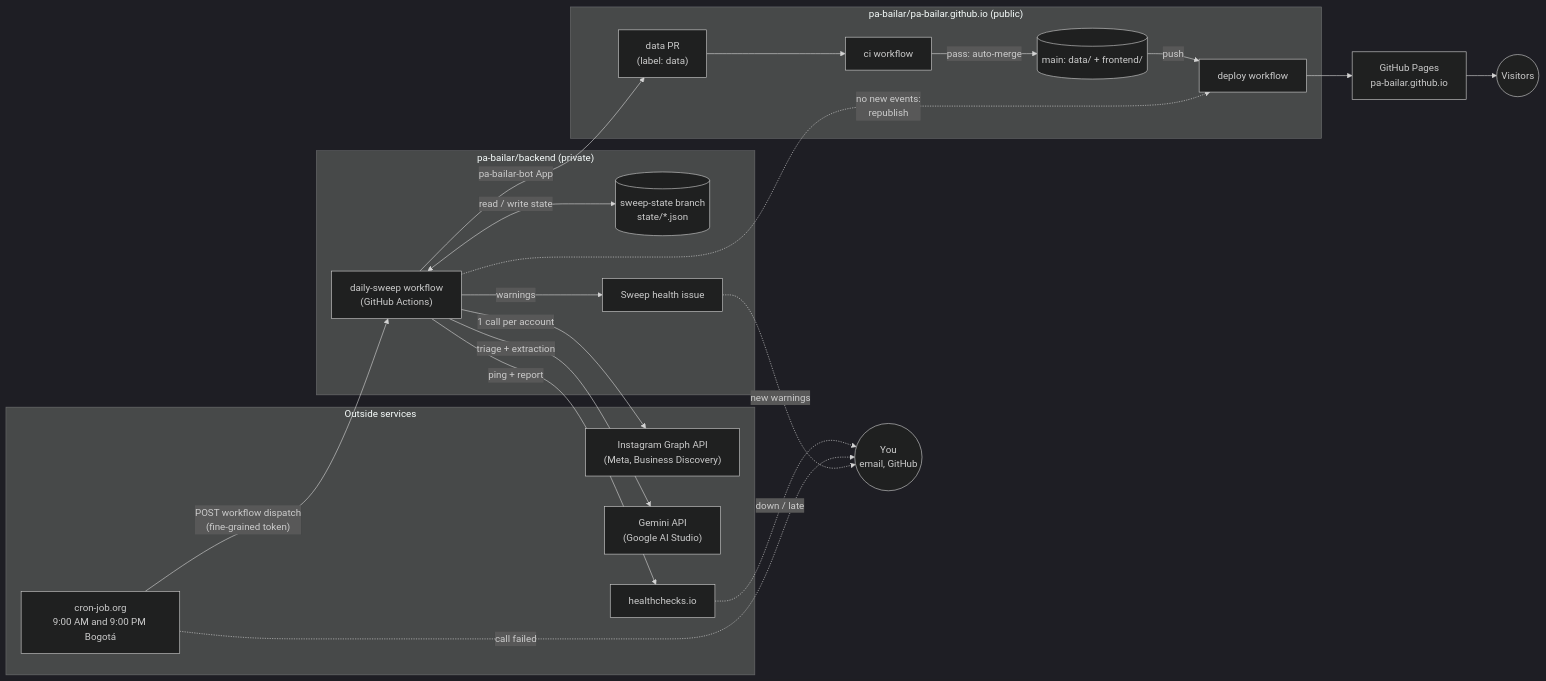
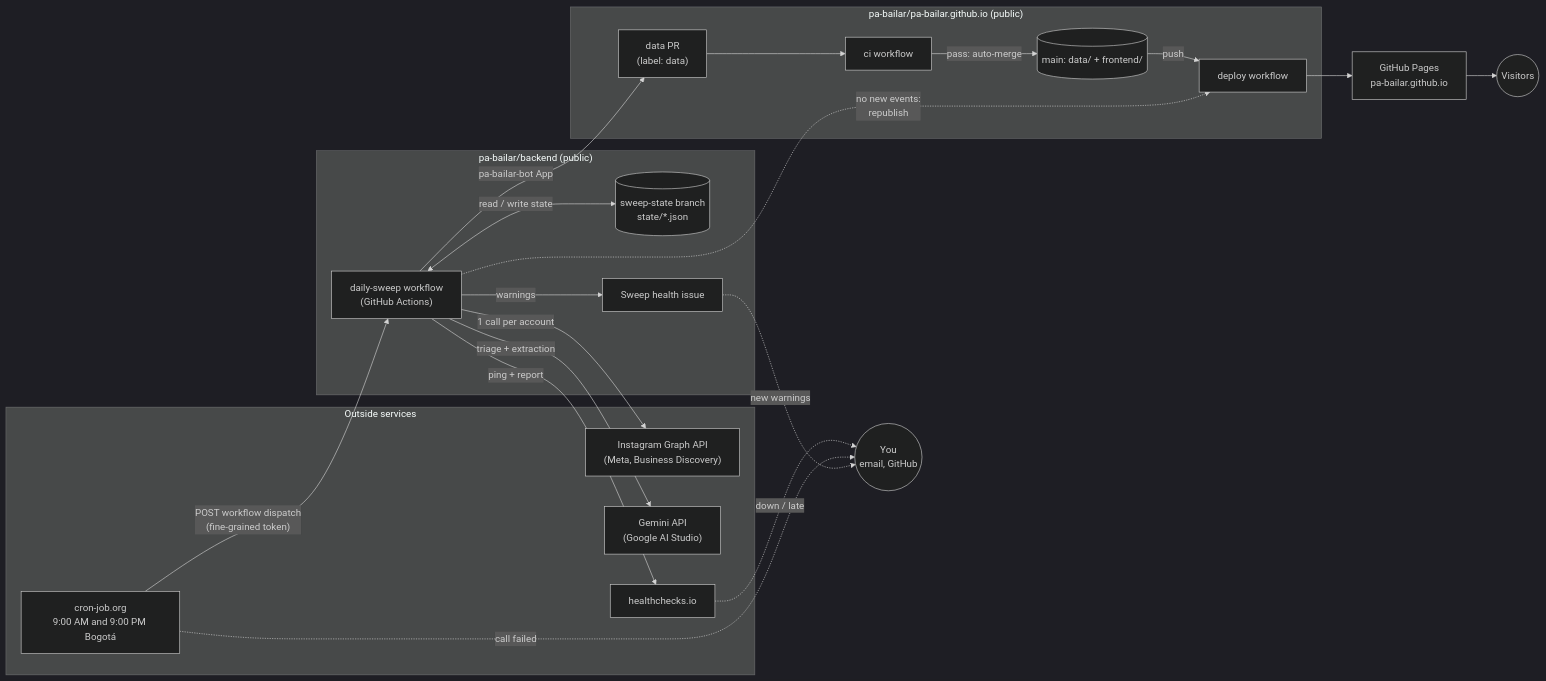
One commit to pa-bailar/backend changed the first of 12 diagrams in docs/ARCHITECTURE.md. Above: the diagram before and after it, drawn with Mermaid (dark theme). The commit also changed other lines of this file and 4 other files, not shown here.

First line of the commit message:
docs: the backend is public and its main protected; no more reasoning from a private repository's minutes

````diff
--- a/docs/ARCHITECTURE.md
+++ b/docs/ARCHITECTURE.md
@@ -40,40 +40,40 @@
 ```mermaid
 flowchart LR
     subgraph Outside["Outside services"]
         CJ["cron-job.org<br/>9:00 AM and 9:00 PM Bogotá"]
         IG["Instagram Graph API<br/>(Meta, Business Discovery)"]
         GM["Gemini API<br/>(Google AI Studio)"]
         HC["healthchecks.io"]
     end
 
-    subgraph Backend["pa-bailar/backend (private)"]
+    subgraph Backend["pa-bailar/backend (public)"]
         WF["daily-sweep workflow<br/>(GitHub Actions)"]
         SS[("sweep-state branch<br/>state/*.json")]
         ISS["Sweep health issue"]
     end
 
     subgraph Site["pa-bailar/pa-bailar.github.io (public)"]
         PR["data PR<br/>(label: data)"]
         CI["ci workflow"]
         MAIN[("main: data/ + frontend/")]
         DEP["deploy workflow"]
     end
 
     PAGES["GitHub Pages<br/>pa-bailar.github.io"]
     YOU(("You<br/>email, GitHub"))
     VIS(("Visitors"))
 
     CJ -- "POST workflow dispatch<br/>(fine-grained token)" --> WF
     WF -- "1 call per account" --> IG
     WF -- "triage + extraction" --> GM
     WF <-- "read / write state" --> SS
     WF -- "warnings" --> ISS
     WF -- "ping + report" --> HC
     WF -- "pa-bailar-bot App" --> PR
     PR --> CI -- "pass: auto-merge" --> MAIN
     MAIN -- "push" --> DEP --> PAGES --> VIS
     WF -. "no new events:<br/>republish" .-> DEP
     HC -. "down / late" .-> YOU
     CJ -. "call failed" .-> YOU
     ISS -. "new warnings" .-> YOU
 ```
````
